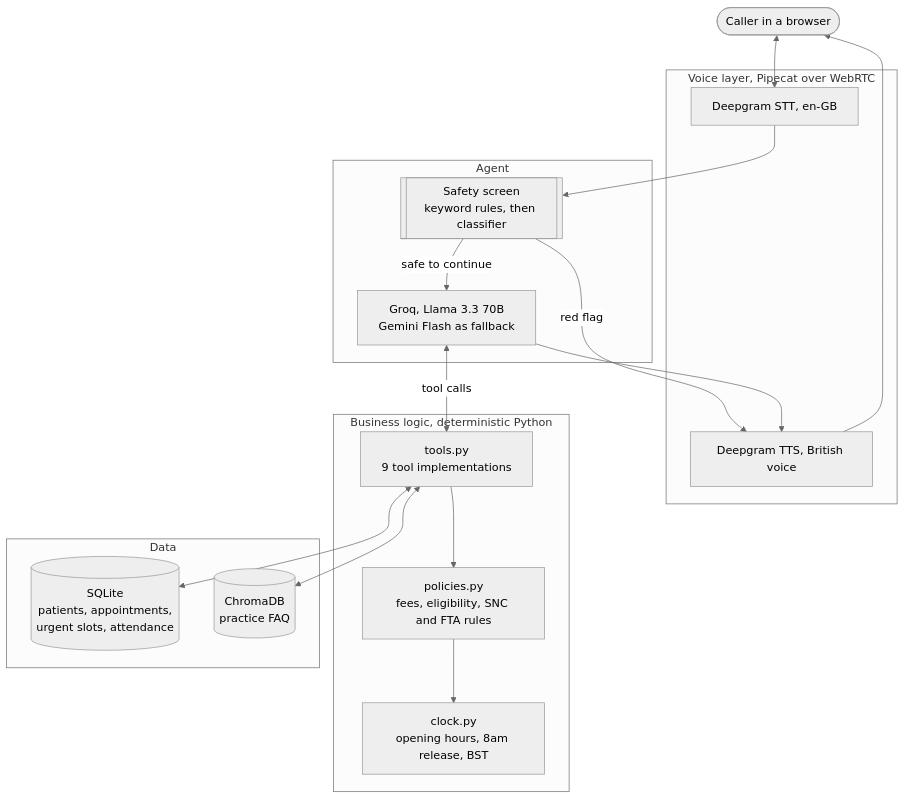
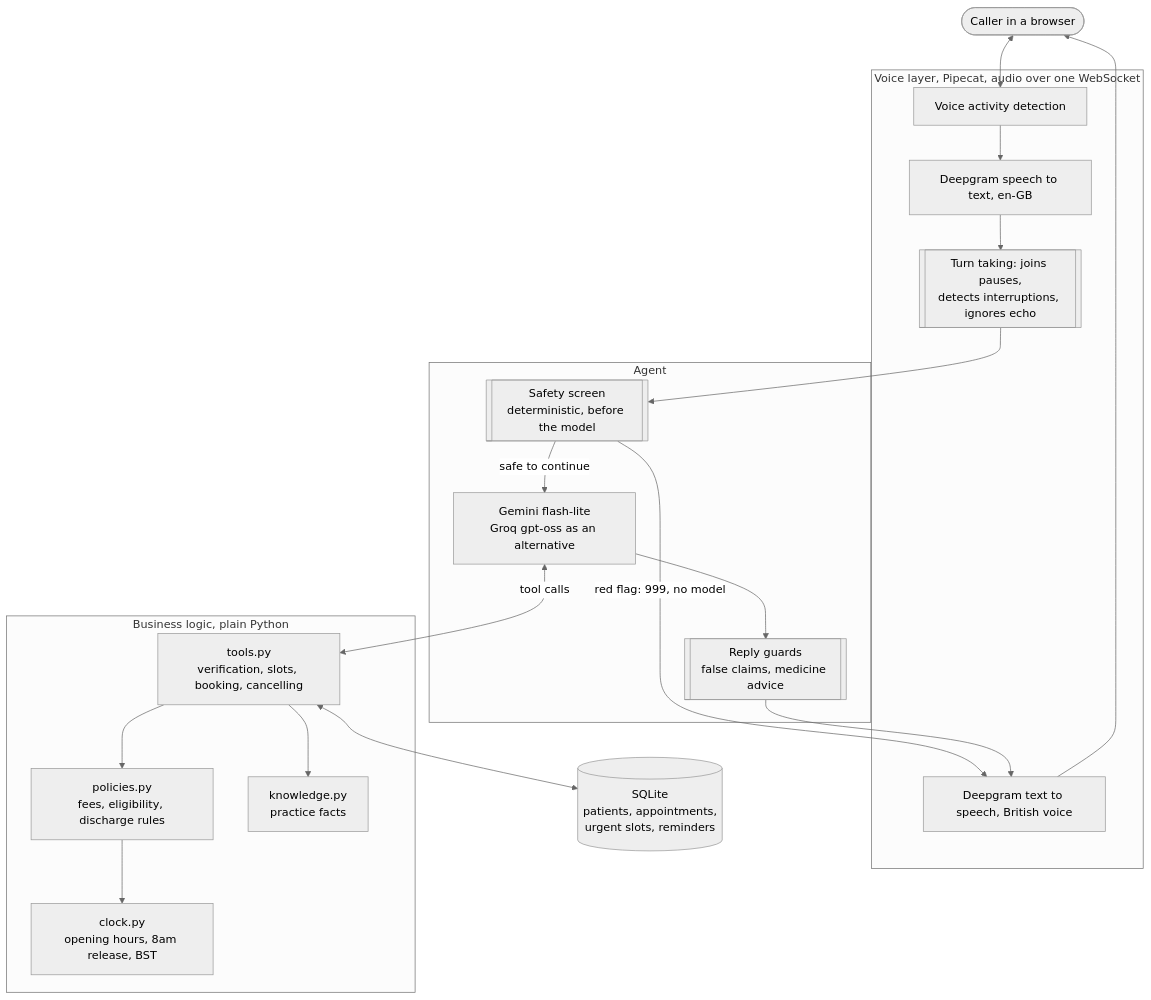
Before and after one commit to MihirGambhire/sophia-dental-voice-agent: the diagram in README.md, drawn with Mermaid (neutral theme). The commit also changed other lines of this file and 6 other files, not shown here.

````diff
--- a/README.md
+++ b/README.md
@@ -99,37 +132,37 @@
 ```mermaid
 flowchart TB
     Caller([Caller in a browser])
 
-    subgraph Voice["Voice layer, Pipecat over WebRTC"]
-        STT[Deepgram STT, en-GB]
-        TTS[Deepgram TTS, British voice]
+    subgraph Voice["Voice layer, Pipecat, audio over one WebSocket"]
+        VAD[Voice activity detection]
+        STT[Deepgram speech to text, en-GB]
+        Turn[[Turn taking: joins pauses,<br/>detects interruptions, ignores echo]]
+        TTS[Deepgram text to speech, British voice]
     end
 
-    subgraph Brain["Agent"]
-        LLM[Groq, Llama 3.3 70B<br/>Gemini Flash as fallback]
-        Safety[[Safety screen<br/>keyword rules, then classifier]]
+    subgraph Agent["Agent"]
+        Safety[[Safety screen<br/>deterministic, before the model]]
+        LLM[Gemini flash-lite<br/>Groq gpt-oss as an alternative]
+        Guards[[Reply guards<br/>false claims, medicine advice]]
     end
 
-    subgraph Logic["Business logic, deterministic Python"]
-        Tools[tools.py<br/>9 tool implementations]
-        Policies[policies.py<br/>fees, eligibility, SNC and FTA rules]
+    subgraph Logic["Business logic, plain Python"]
+        Tools[tools.py<br/>verification, slots, booking, cancelling]
+        Policies[policies.py<br/>fees, eligibility, discharge rules]
         Clock[clock.py<br/>opening hours, 8am release, BST]
+        Knowledge[knowledge.py<br/>practice facts]
     end
 
-    subgraph Data["Data"]
-        SQLite[(SQLite<br/>patients, appointments,<br/>urgent slots, attendance)]
-        Chroma[(ChromaDB<br/>practice FAQ)]
-    end
+    DB[(SQLite<br/>patients, appointments,<br/>urgent slots, reminders)]
 
-    Caller <--> STT
-    TTS --> Caller
-    STT --> Safety
-    Safety -->|red flag| TTS
+    Caller <--> VAD --> STT --> Turn
+    Turn --> Safety
+    Safety -->|red flag: 999, no model| TTS
     Safety -->|safe to continue| LLM
     LLM <-->|tool calls| Tools
-    LLM --> TTS
-    Tools --> Policies
-    Policies --> Clock
-    Tools <--> SQLite
-    Tools <--> Chroma
+    LLM --> Guards --> TTS
+    TTS --> Caller
+    Tools --> Policies --> Clock
+    Tools --> Knowledge
+    Tools <--> DB
 ```
````
